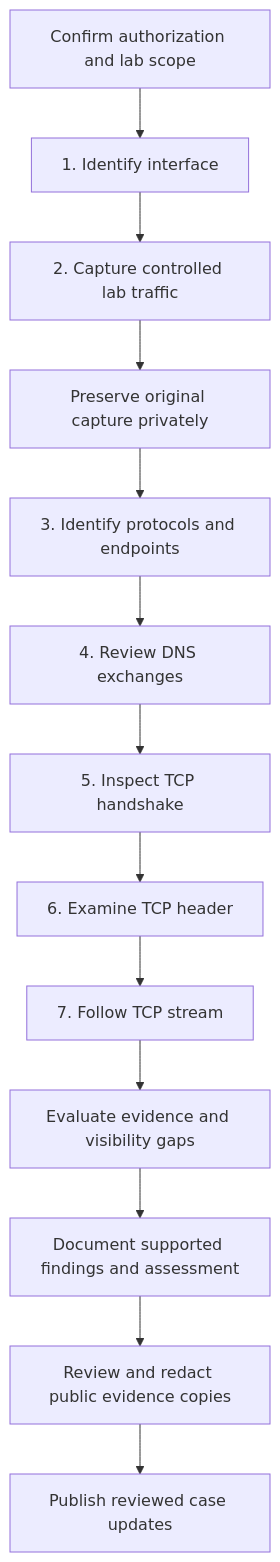
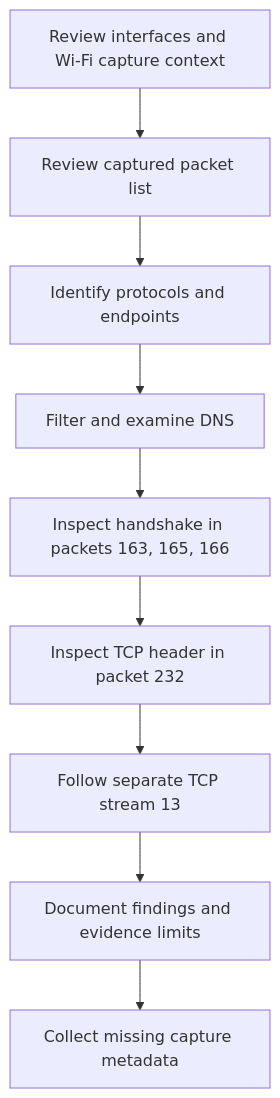
The diagram in README.md (alaa819/aisop-network-traffic-investigation), drawn with Mermaid before and after one commit. The commit also changed other lines of this file and 10 other files, not shown here.

Commit message:
Add seven Wireshark screenshots and evidence-based case analysis

````diff
--- a/README.md
+++ b/README.md
@@ -74,15 +81,11 @@
 ```mermaid
 flowchart TD
-    A[Confirm authorization and lab scope] --> B[1. Identify interface]
-    B --> C[2. Capture controlled lab traffic]
-    C --> D[Preserve original capture privately]
-    D --> E[3. Identify protocols and endpoints]
-    E --> F[4. Review DNS exchanges]
-    F --> G[5. Inspect TCP handshake]
-    G --> H[6. Examine TCP header]
-    H --> I[7. Follow TCP stream]
-    I --> J[Evaluate evidence and visibility gaps]
-    J --> K[Document supported findings and assessment]
-    K --> L[Review and redact public evidence copies]
-    L --> M[Publish reviewed case updates]
+    A[Review interfaces and Wi-Fi capture context] --> B[Review captured packet list]
+    B --> C[Identify protocols and endpoints]
+    C --> D[Filter and examine DNS]
+    D --> E[Inspect handshake in packets 163, 165, 166]
+    E --> F[Inspect TCP header in packet 232]
+    F --> G[Follow separate TCP stream 13]
+    G --> H[Document findings and evidence limits]
+    H --> I[Collect missing capture metadata]
 ```
````
